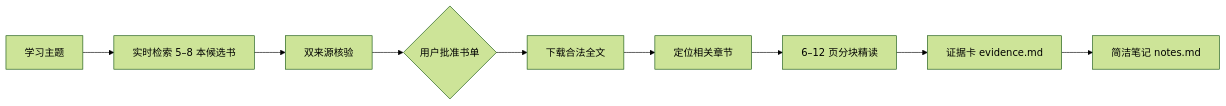
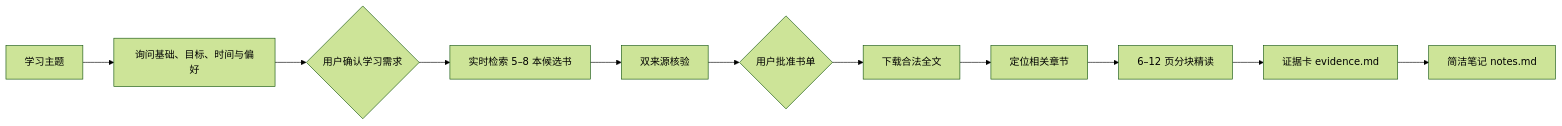
Before and after one commit to guan695/build-book-study-notes: the diagram in README.md, drawn with Mermaid (forest theme). The commit also changed other lines of this file and 3 other files, not shown here.

````diff
--- a/README.md
+++ b/README.md
@@ -36,11 +36,13 @@
 ```mermaid
 flowchart LR
-    A["学习主题"] --> B["实时检索 5–8 本候选书"]
-    B --> C["双来源核验"]
-    C --> D{"用户批准书单"}
-    D --> E["下载合法全文"]
-    E --> F["定位相关章节"]
-    F --> G["6–12 页分块精读"]
-    G --> H["证据卡 evidence.md"]
-    H --> I["简洁笔记 notes.md"]
+    A["学习主题"] --> B["询问基础、目标、时间与偏好"]
+    B --> C{"用户确认学习需求"}
+    C --> D["实时检索 5–8 本候选书"]
+    D --> E["双来源核验"]
+    E --> F{"用户批准书单"}
+    F --> G["下载合法全文"]
+    G --> H["定位相关章节"]
+    H --> I["6–12 页分块精读"]
+    I --> J["证据卡 evidence.md"]
+    J --> K["简洁笔记 notes.md"]
 ```
````
